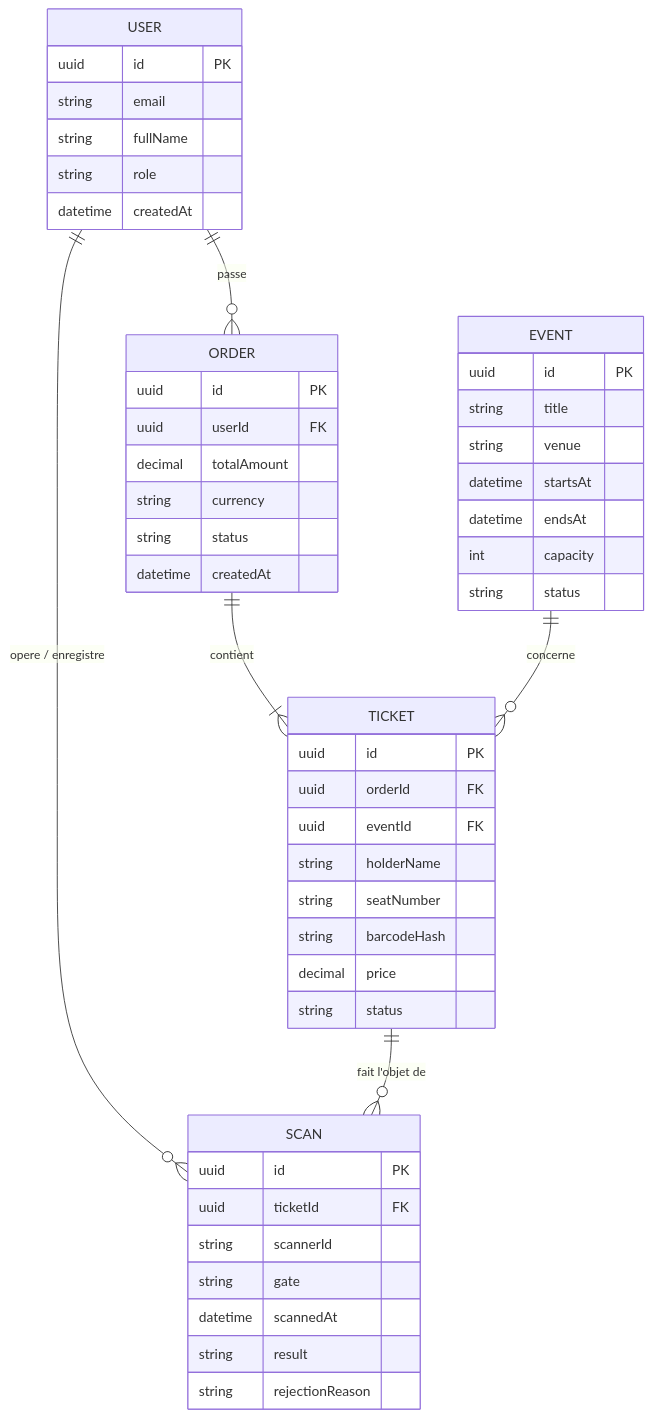
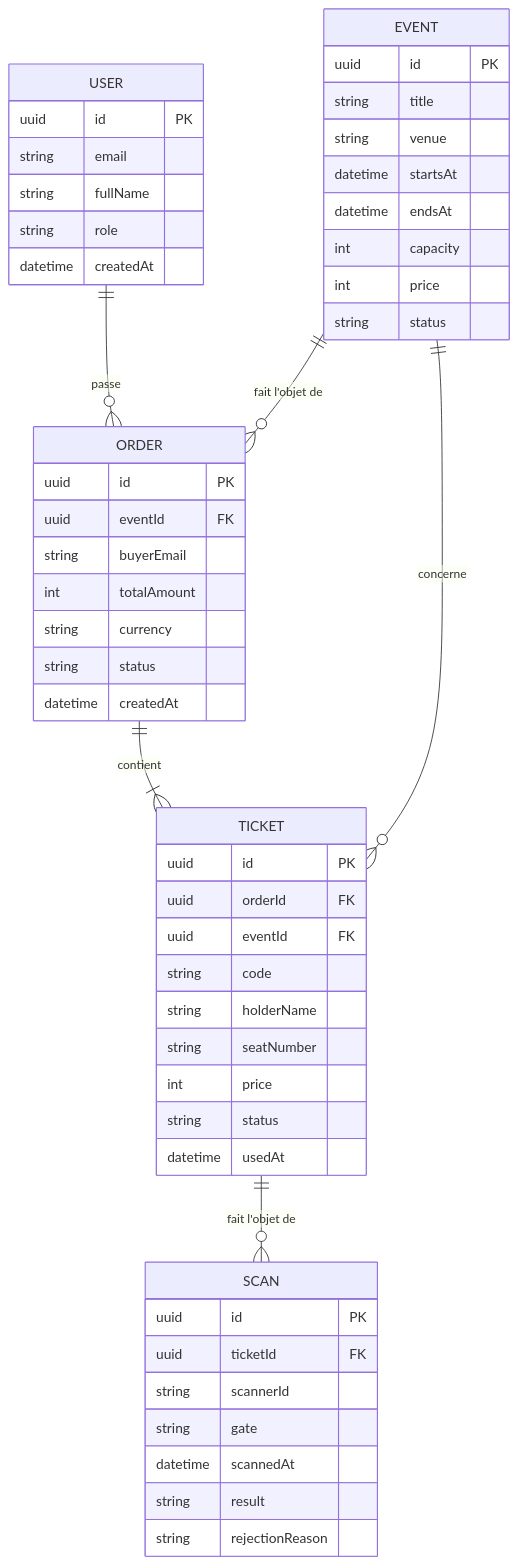
The diagram in docs/ressources.md (Arthurccy/orbitale), drawn with Mermaid before and after one commit. The commit also changed other lines of this file and 4 other files, not shown here.

````diff
--- a/docs/ressources.md
+++ b/docs/ressources.md
@@ -38,56 +39,59 @@
 ```mermaid
 erDiagram
   USER ||--o{ ORDER : "passe"
-  USER ||--o{ SCAN : "opere / enregistre"
+  EVENT ||--o{ ORDER : "fait l'objet de"
   ORDER ||--|{ TICKET : "contient"
   EVENT ||--o{ TICKET : "concerne"
   TICKET ||--o{ SCAN : "fait l'objet de"
 
   USER {
     uuid id PK
     string email
     string fullName
     string role
     datetime createdAt
   }
 
   EVENT {
     uuid id PK
     string title
     string venue
     datetime startsAt
     datetime endsAt
     int capacity
+    int price
     string status
   }
 
   ORDER {
     uuid id PK
-    uuid userId FK
-    decimal totalAmount
+    uuid eventId FK
+    string buyerEmail
+    int totalAmount
     string currency
     string status
     datetime createdAt
   }
 
   TICKET {
     uuid id PK
     uuid orderId FK
     uuid eventId FK
+    string code
     string holderName
     string seatNumber
-    string barcodeHash
-    decimal price
+    int price
     string status
+    datetime usedAt
   }
 
   SCAN {
     uuid id PK
     uuid ticketId FK
     string scannerId
     string gate
     datetime scannedAt
     string result
     string rejectionReason
   }
 ```
````
